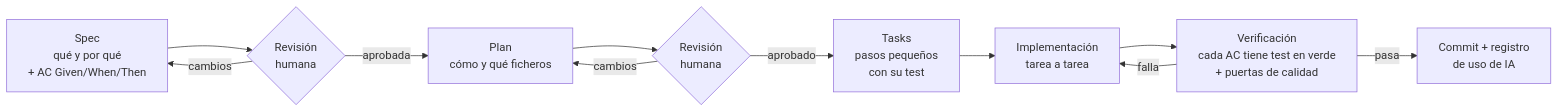
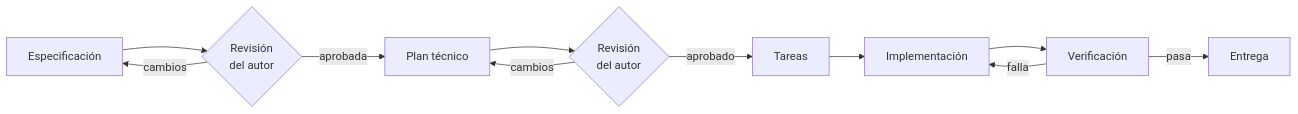
Before and after one commit to sergiBer/senda: the diagram in docs/ia/metodologia.md, drawn with Mermaid. The commit also changed other lines of this file and 1 other file, not shown here.

Commit message:
docs: metodología de IA redactada para lectores del TFM

````diff
--- a/docs/ia/metodologia.md
+++ b/docs/ia/metodologia.md
@@ -36,13 +21,13 @@
 ```mermaid
 flowchart LR
-    S[Spec<br/>qué y por qué<br/>+ AC Given/When/Then] --> R1{Revisión<br/>humana}
+    S[Especificación] --> R1{Revisión<br/>del autor}
     R1 -- cambios --> S
-    R1 -- aprobada --> P[Plan<br/>cómo y qué ficheros]
-    P --> R2{Revisión<br/>humana}
+    R1 -- aprobada --> P[Plan técnico]
+    P --> R2{Revisión<br/>del autor}
     R2 -- cambios --> P
-    R2 -- aprobado --> T[Tasks<br/>pasos pequeños<br/>con su test]
-    T --> I[Implementación<br/>tarea a tarea]
-    I --> V[Verificación<br/>cada AC tiene test en verde<br/>+ puertas de calidad]
+    R2 -- aprobado --> T[Tareas]
+    T --> I[Implementación]
+    I --> V[Verificación]
     V -- falla --> I
-    V -- pasa --> H[Commit + registro<br/>de uso de IA]
+    V -- pasa --> F[Entrega]
 ```
````
